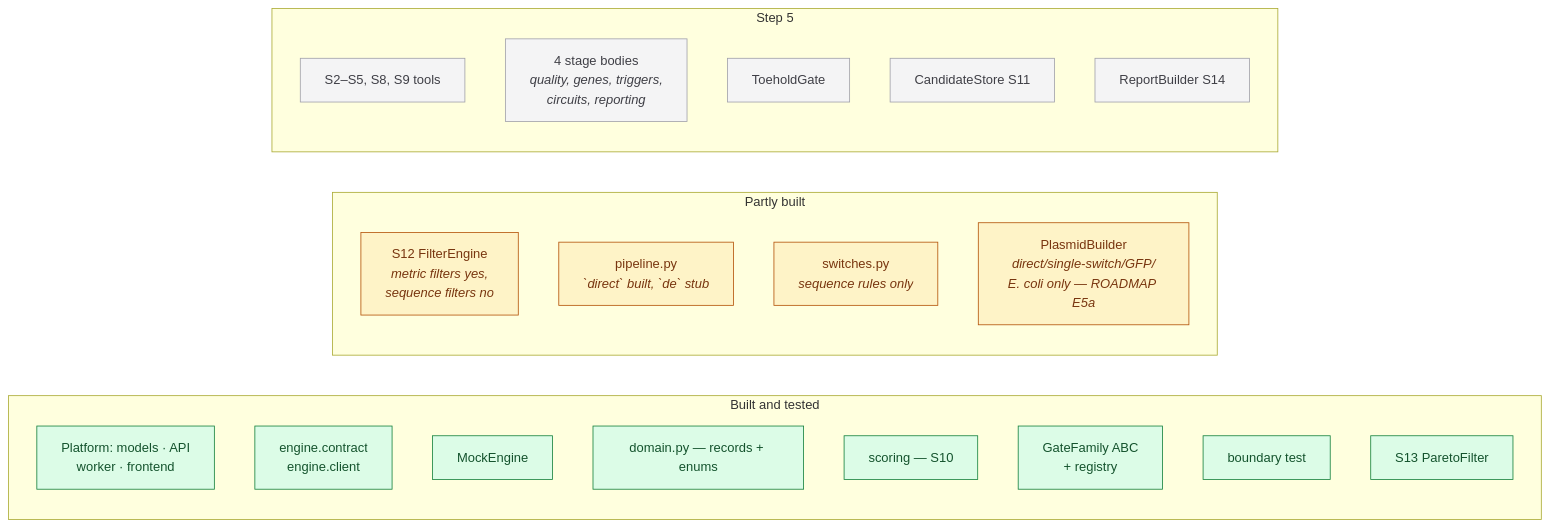
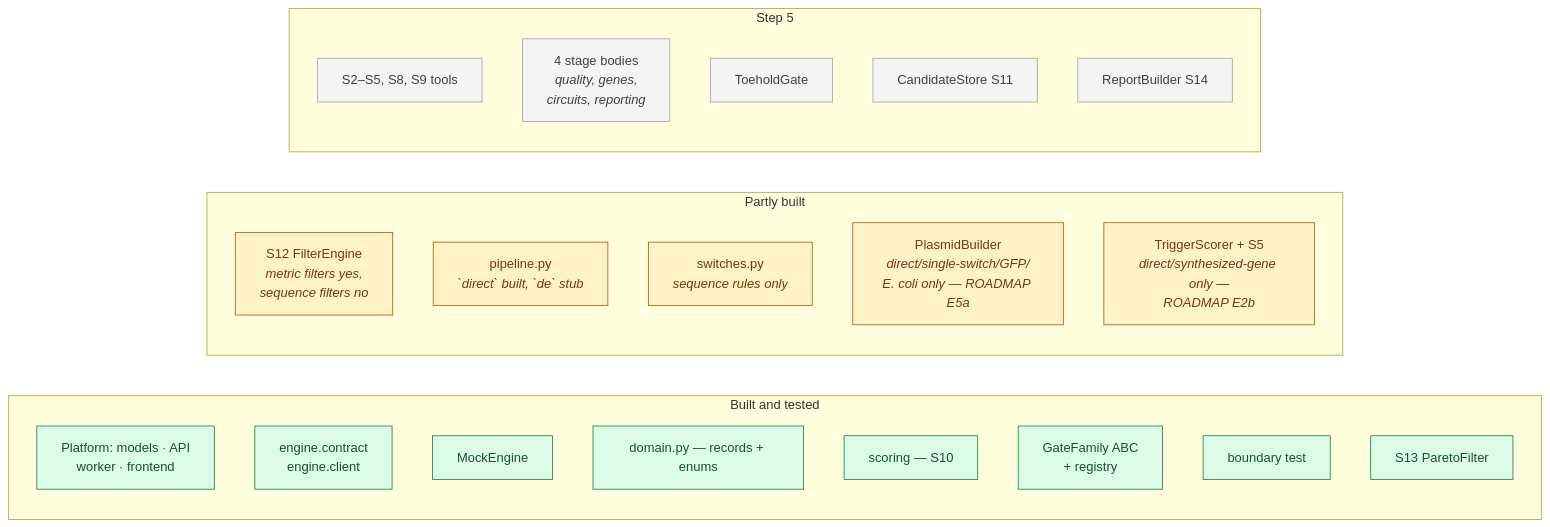
The sixth of 6 diagrams in docs/engine.md (zivbental/cernal_software), drawn with Mermaid before and after one commit. The commit also changed other lines of this file and 11 other files, not shown here.

````diff
--- a/docs/engine.md
+++ b/docs/engine.md
@@ -1112,35 +1112,36 @@
 ```mermaid
 flowchart LR
     subgraph done["Built and tested"]
         D1["Platform: models · API<br/>worker · frontend"]
         D2["engine.contract<br/>engine.client"]
         D3["MockEngine"]
         D4["domain.py — records + enums"]
         D5["scoring — S10"]
         D6["GateFamily ABC<br/>+ registry"]
         D7["boundary test"]
         D8["S13 ParetoFilter"]
     end
 
     subgraph partial["Partly built"]
         P1["S12 FilterEngine<br/><i>metric filters yes,<br/>sequence filters no</i>"]
         P2["pipeline.py<br/><i>`direct` built, `de` stub</i>"]
         P3["switches.py<br/><i>sequence rules only</i>"]
         P4["PlasmidBuilder<br/><i>direct/single-switch/GFP/<br/>E. coli only — ROADMAP E5a</i>"]
+        P5["TriggerScorer + S5<br/><i>direct/synthesized-gene only —<br/>ROADMAP E2b</i>"]
     end
 
     subgraph todo["Step 5"]
         T1["S2–S5, S8, S9 tools"]
-        T2["4 stage bodies<br/><i>quality, genes, triggers,<br/>circuits, reporting</i>"]
+        T2["4 stage bodies<br/><i>quality, genes,<br/>circuits, reporting</i>"]
         T3["ToeholdGate"]
         T4["CandidateStore S11"]
         T5["ReportBuilder S14"]
     end
 
     classDef built fill:#dcfce7,stroke:#15803d,color:#14532d
     classDef part fill:#fef3c7,stroke:#b45309,color:#78350f
     classDef todo2 fill:#f4f4f5,stroke:#a1a1aa,color:#3f3f46
     class D1,D2,D3,D4,D5,D6,D7,D8 built
-    class P1,P2,P3,P4 part
+    class P1,P2,P3,P4,P5 part
     class T1,T2,T3,T4,T5 todo2
 ```
````
